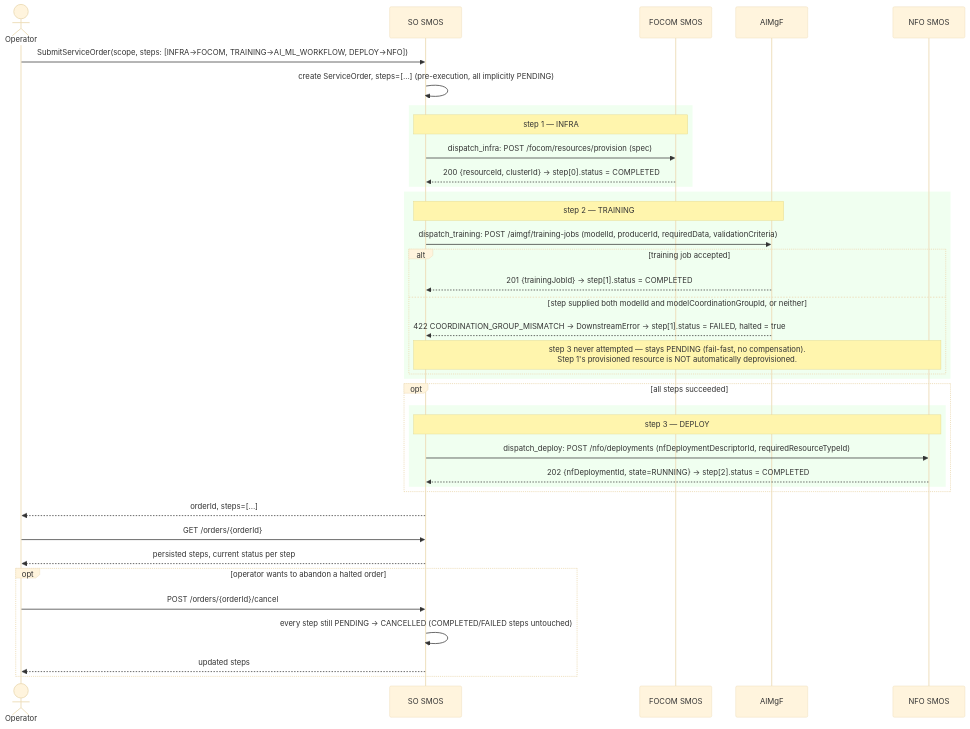
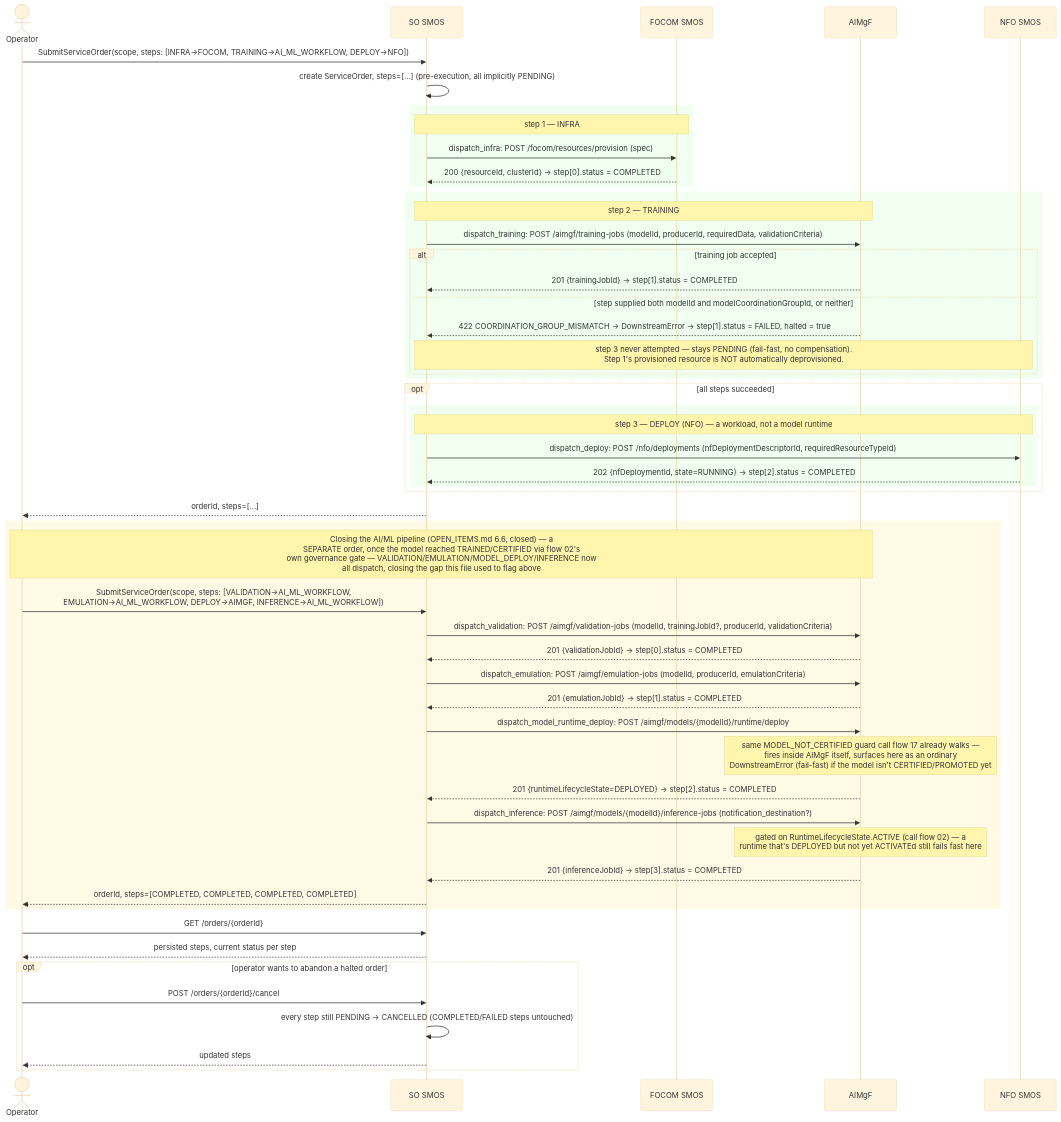
One commit to rsys-bshankar/ai-ran-ref changed the diagram in smo/docs/call-flows/10-so-smos-multi-step-infra-training-deploy.md. Above: the diagram before and after it, drawn with Mermaid (base theme). The commit also changed other lines of this file and 5 other files, not shown here.

````diff
--- a/smo/docs/call-flows/10-so-smos-multi-step-infra-training-deploy.md
+++ b/smo/docs/call-flows/10-so-smos-multi-step-infra-training-deploy.md
@@ -18,47 +18,63 @@
 ```mermaid
 sequenceDiagram
     actor Operator
     participant SO as SO SMOS
     participant Focom as FOCOM SMOS
     participant AIML as AIMgF
     participant NFO as NFO SMOS
 
     Operator->>SO: SubmitServiceOrder(scope, steps: [INFRA->FOCOM, TRAINING->AI_ML_WORKFLOW, DEPLOY->NFO])
     SO->>SO: create ServiceOrder, steps=[...] (pre-execution, all implicitly PENDING)
 
     rect rgb(240, 255, 240)
     Note over SO,Focom: step 1 — INFRA
     SO->>Focom: dispatch_infra: POST /focom/resources/provision (spec)
     Focom-->>SO: 200 {resourceId, clusterId} -> step[0].status = COMPLETED
     end
 
     rect rgb(240, 255, 240)
     Note over SO,AIML: step 2 — TRAINING
     SO->>AIML: dispatch_training: POST /aimgf/training-jobs (modelId, producerId, requiredData, validationCriteria)
     alt training job accepted
         AIML-->>SO: 201 {trainingJobId} -> step[1].status = COMPLETED
     else step supplied both modelId and modelCoordinationGroupId, or neither
         AIML-->>SO: 422 COORDINATION_GROUP_MISMATCH -> DownstreamError -> step[1].status = FAILED, halted = true
         Note over SO,NFO: step 3 never attempted — stays PENDING (fail-fast, no compensation).<br/>Step 1's provisioned resource is NOT automatically deprovisioned.
     end
     end
 
     opt all steps succeeded
         rect rgb(240, 255, 240)
-        Note over SO,NFO: step 3 — DEPLOY
+        Note over SO,NFO: step 3 — DEPLOY (NFO) — a workload, not a model runtime
         SO->>NFO: dispatch_deploy: POST /nfo/deployments (nfDeploymentDescriptorId, requiredResourceTypeId)
         NFO-->>SO: 202 {nfDeploymentId, state=RUNNING} -> step[2].status = COMPLETED
         end
     end
 
     SO-->>Operator: orderId, steps=[...]
+
+    rect rgb(255, 250, 230)
+    Note over Operator,AIML: Closing the AI/ML pipeline (OPEN_ITEMS.md 6.6, closed) — a<br/>SEPARATE order, once the model reached TRAINED/CERTIFIED via flow 02's<br/>own governance gate — VALIDATION/EMULATION/MODEL_DEPLOY/INFERENCE now<br/>all dispatch, closing the gap this file used to flag above
+    Operator->>SO: SubmitServiceOrder(scope, steps: [VALIDATION->AI_ML_WORKFLOW,<br/>EMULATION->AI_ML_WORKFLOW, DEPLOY->AIMGF, INFERENCE->AI_ML_WORKFLOW])
+    SO->>AIML: dispatch_validation: POST /aimgf/validation-jobs (modelId, trainingJobId?, producerId, validationCriteria)
+    AIML-->>SO: 201 {validationJobId} -> step[0].status = COMPLETED
+    SO->>AIML: dispatch_emulation: POST /aimgf/emulation-jobs (modelId, producerId, emulationCriteria)
+    AIML-->>SO: 201 {emulationJobId} -> step[1].status = COMPLETED
+    SO->>AIML: dispatch_model_runtime_deploy: POST /aimgf/models/{modelId}/runtime/deploy
+    Note over AIML: same MODEL_NOT_CERTIFIED guard call flow 17 already walks —<br/>fires inside AIMgF itself, surfaces here as an ordinary<br/>DownstreamError (fail-fast) if the model isn't CERTIFIED/PROMOTED yet
+    AIML-->>SO: 201 {runtimeLifecycleState=DEPLOYED} -> step[2].status = COMPLETED
+    SO->>AIML: dispatch_inference: POST /aimgf/models/{modelId}/inference-jobs (notification_destination?)
+    Note over AIML: gated on RuntimeLifecycleState.ACTIVE (call flow 02) — a<br/>runtime that's DEPLOYED but not yet ACTIVATEd still fails fast here
+    AIML-->>SO: 201 {inferenceJobId} -> step[3].status = COMPLETED
+    SO-->>Operator: orderId, steps=[COMPLETED, COMPLETED, COMPLETED, COMPLETED]
+    end
 
     Operator->>SO: GET /orders/{orderId}
     SO-->>Operator: persisted steps, current status per step
 
     opt operator wants to abandon a halted order
         Operator->>SO: POST /orders/{orderId}/cancel
         SO->>SO: every step still PENDING -> CANCELLED (COMPLETED/FAILED steps untouched)
         SO-->>Operator: updated steps
     end
 ```
````
